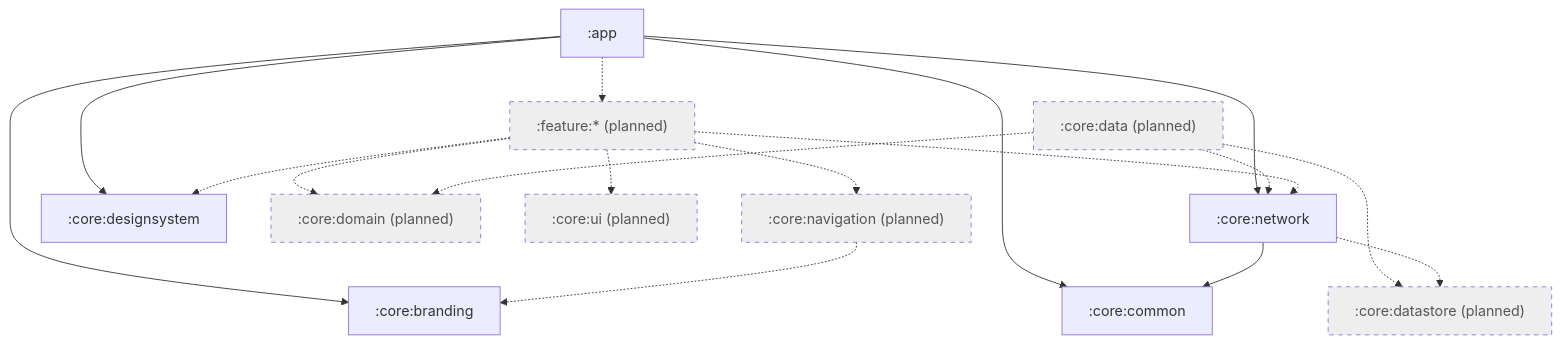
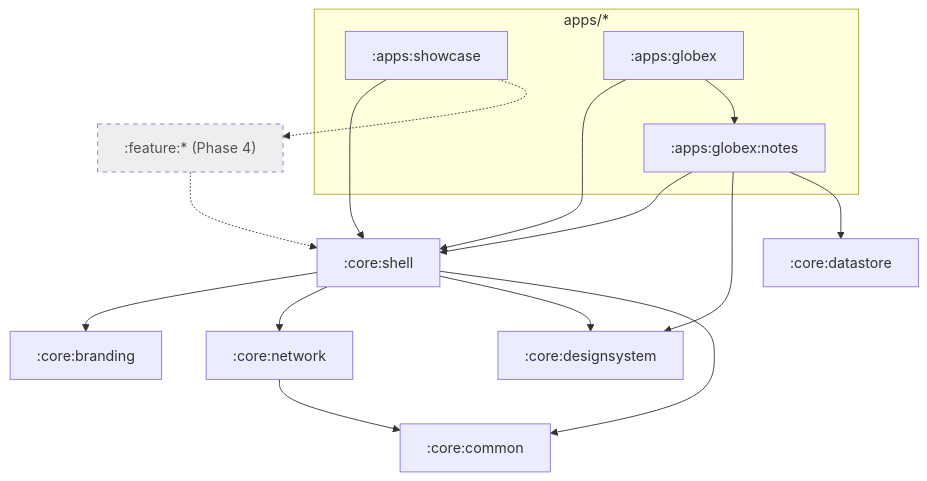
Before and after one commit to zakaria-hajja/whitelabel-app-kit: the diagram in docs/architecture.md, drawn with Mermaid. The commit also changed other lines of this file and 8 other files, not shown here.

First line of the commit message:
docs: foundation guides for creating apps and shared features

````diff
--- a/docs/architecture.md
+++ b/docs/architecture.md
@@ -23,33 +28,31 @@
 ```mermaid
-graph TD
-  app[":app"]
-  branding[":core:branding"]
-  network[":core:network"]
-  designsystem[":core:designsystem"]
-  common[":core:common"]
-  app --> branding
-  app --> network
-  app --> designsystem
-  app --> common
-  network --> common
+flowchart TD
+    subgraph apps["apps/*"]
+        showcase[":apps:showcase"]
+        globex[":apps:globex"]
+        notes[":apps:globex:notes"]
+    end
+    shell[":core:shell"]
+    ds[":core:designsystem"]
+    datastore[":core:datastore"]
+    network[":core:network"]
+    branding[":core:branding"]
+    common[":core:common"]
+    features[":feature:* (Phase 4)"]:::planned
 
-  domain[":core:domain (planned)"]:::planned
-  data[":core:data (planned)"]:::planned
-  datastore[":core:datastore (planned)"]:::planned
-  ui[":core:ui (planned)"]:::planned
-  nav[":core:navigation (planned)"]:::planned
-  features[":feature:* (planned)"]:::planned
-  app -.-> features
-  features -.-> domain
-  features -.-> ui
-  features -.-> designsystem
-  data -.-> domain
-  data -.-> network
-  data -.-> datastore
-  features -.-> nav
-  features -.-> network
-  nav -.-> branding
-  network -.-> datastore
+    showcase --> shell
+    globex --> shell
+    globex --> notes
+    notes --> shell
+    notes --> ds
+    notes --> datastore
+    shell --> branding
+    shell --> network
+    shell --> ds
+    shell --> common
+    network --> common
+    showcase -.-> features
+    features -.-> shell
 
-  classDef planned stroke-dasharray: 5 5,fill:#eee,color:#555
+    classDef planned stroke-dasharray: 5 5,fill:#eee,color:#555
 ```
````
